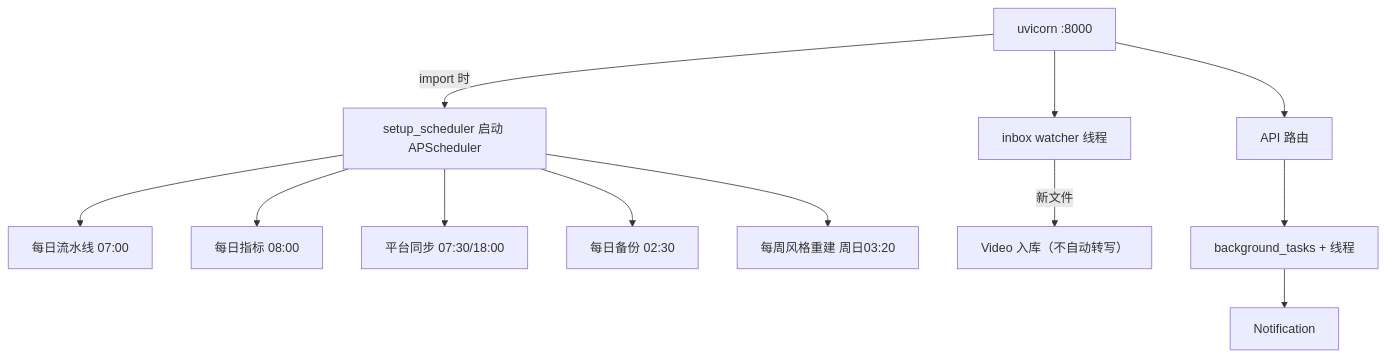
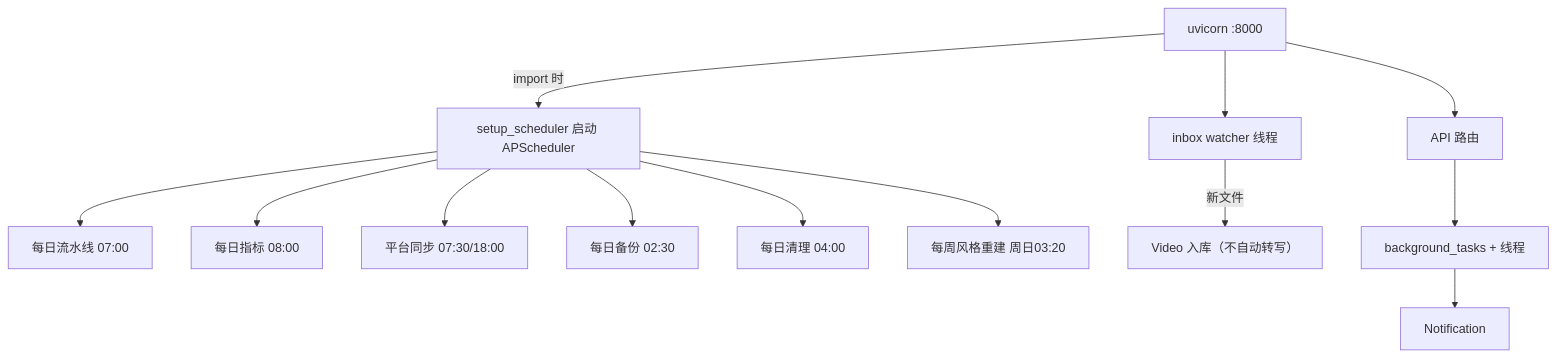
One commit to 981126/echo changed the second of 3 diagrams in docs/ARCHITECTURE.md. Above: the diagram before and after it, drawn with Mermaid. The commit also changed 9 other files, not shown here.

````diff
--- a/docs/ARCHITECTURE.md
+++ b/docs/ARCHITECTURE.md
@@ -86,14 +86,15 @@
 ```mermaid
 graph TD
     P[uvicorn :8000] -->|import 时| S[setup_scheduler 启动 APScheduler]
     P --> W[inbox watcher 线程]
     P --> A[API 路由]
     S --> J1[每日流水线 07:00]
     S --> J2[每日指标 08:00]
     S --> J3[平台同步 07:30/18:00]
     S --> J4[每日备份 02:30]
+    S --> J6[每日清理 04:00]
     S --> J5[每周风格重建 周日03:20]
     W -->|新文件| V[Video 入库（不自动转写）]
     A --> T[background_tasks + 线程]
     T --> N[Notification]
 ```
````
